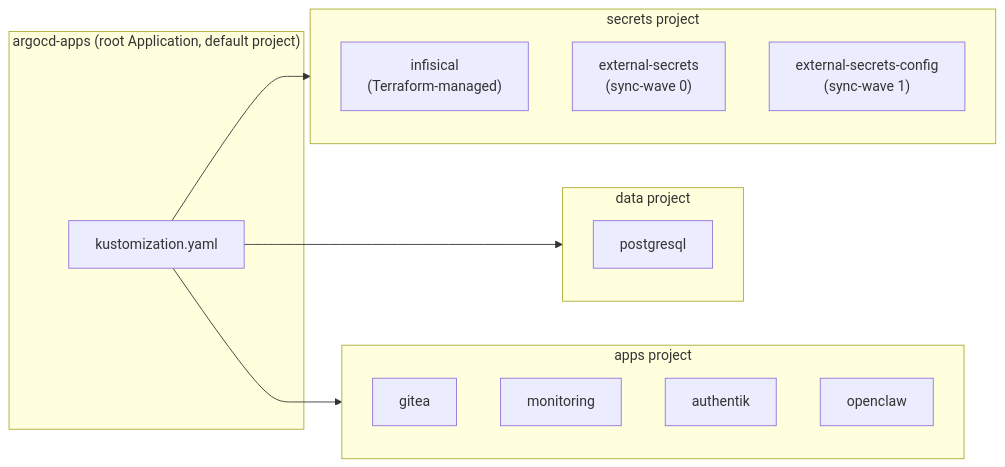
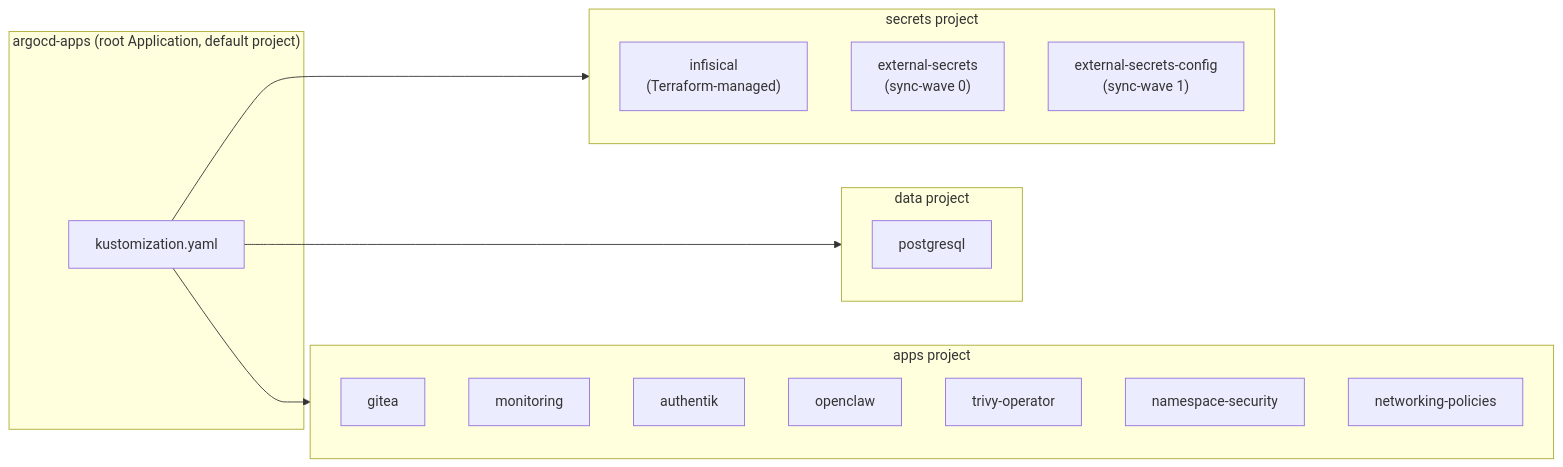
One commit to haingth77/homelab changed the second of 2 diagrams in k8s/apps/argocd/README.md. Above: the diagram before and after it, drawn with Mermaid. The commit also changed other lines of this file and 2 other files, not shown here.

````diff
--- a/k8s/apps/argocd/README.md
+++ b/k8s/apps/argocd/README.md
@@ -64,27 +71,30 @@
 ```mermaid
 flowchart LR
     subgraph root["argocd-apps (root Application, default project)"]
         Kustomize["kustomization.yaml"]
     end
 
     subgraph secretsProj["secrets project"]
         Infisical["infisical\n(Terraform-managed)"]
         A1["external-secrets\n(sync-wave 0)"]
         A2["external-secrets-config\n(sync-wave 1)"]
     end
 
     subgraph dataProj["data project"]
         A3["postgresql"]
     end
 
     subgraph appsProj["apps project"]
         A4["gitea"]
         A5["monitoring"]
         A6["authentik"]
         A7["openclaw"]
+        A8["trivy-operator"]
+        A9["namespace-security"]
+        A10["networking-policies"]
     end
 
     Kustomize --> secretsProj
     Kustomize --> dataProj
     Kustomize --> appsProj
 ```
````
